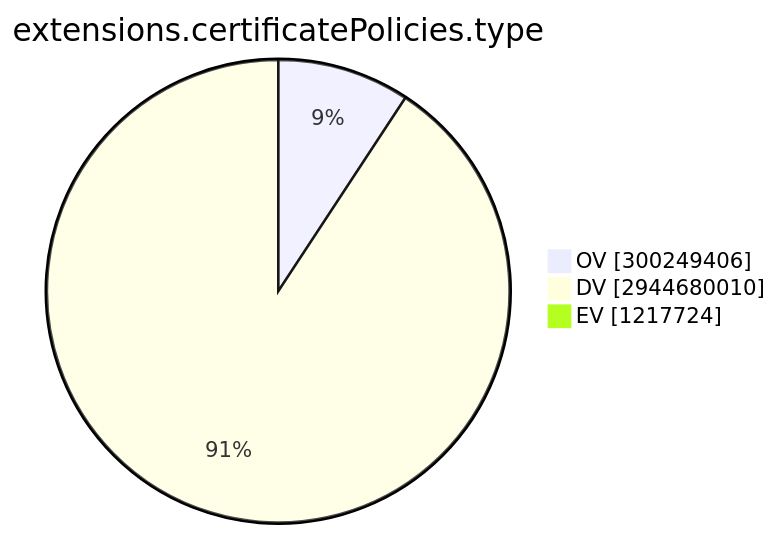
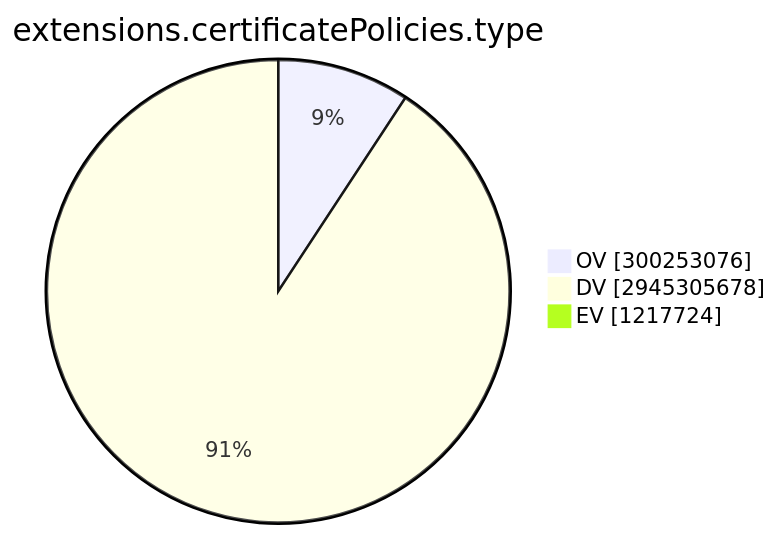
The ninth of 15 diagrams in TOTAL/README.md (christiankrug/ctmonitor_visualization), drawn with Mermaid before and after one commit. The commit also changed other lines of this file, not shown here.

````diff
--- a/TOTAL/README.md
+++ b/TOTAL/README.md
@@ -3101,7 +3101,7 @@
 ```mermaid
 pie showData
 title extensions.certificatePolicies.type
-"OV" :300249406
-"DV" :2944680010
+"OV" :300253076
+"DV" :2945305678
 "EV" :1217724
 ```
````
